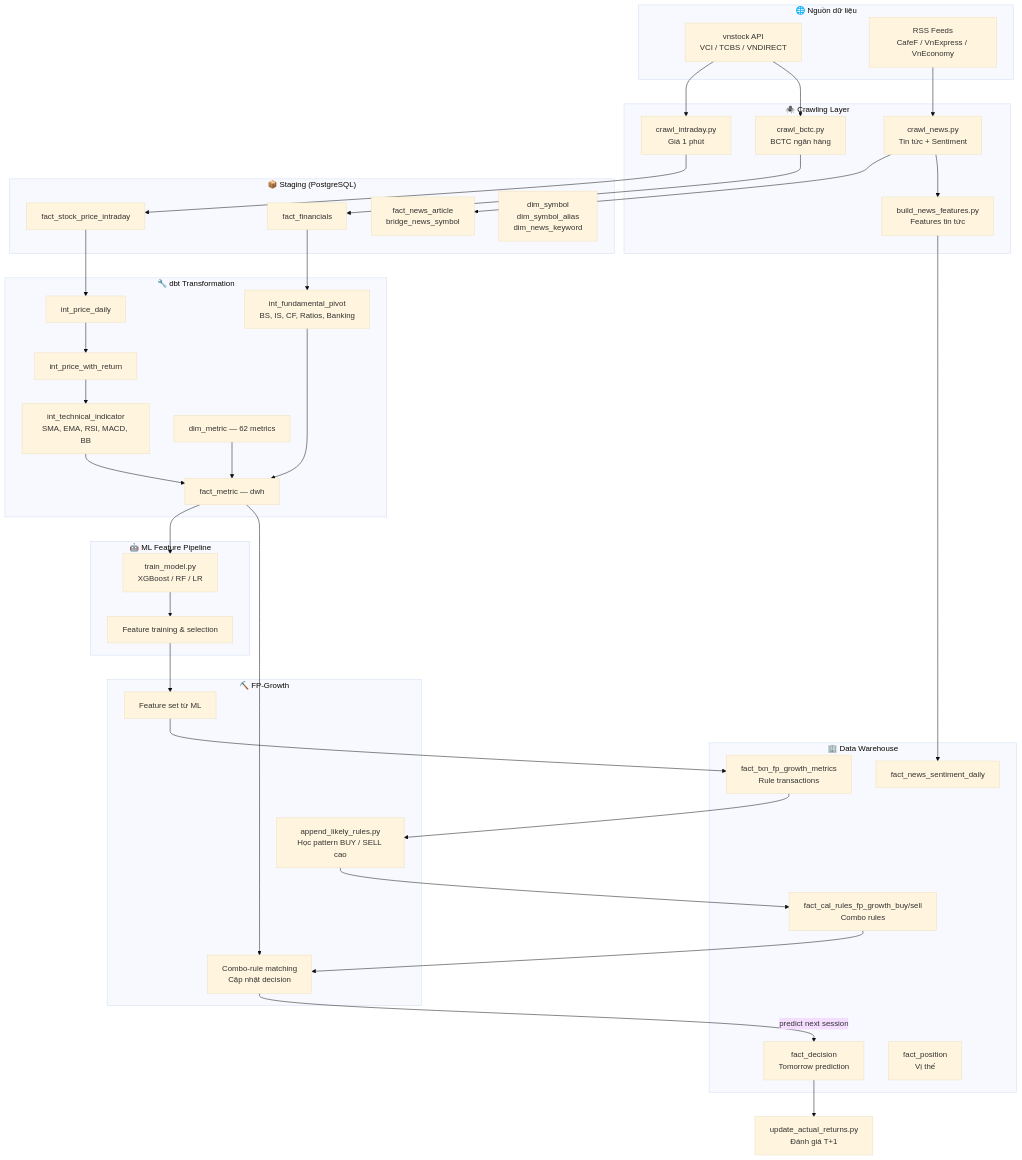
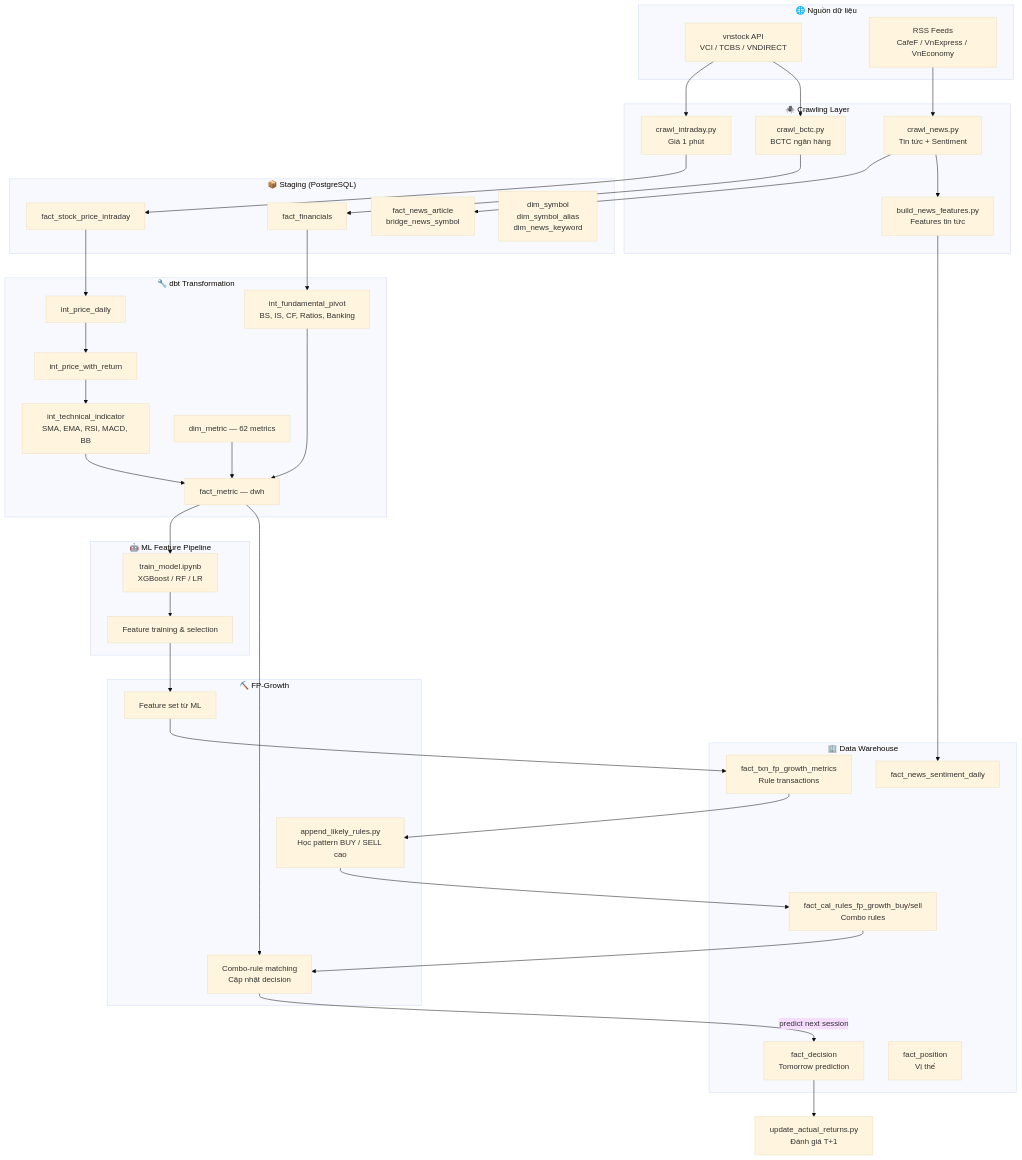
Before and after one commit to Hoai-Viet/Stock_Prediction: the first of 5 diagrams in PROJECT_DOCUMENTATION.md, drawn with Mermaid (base theme). The commit also changed other lines of this file and 3 other files, not shown here.

````diff
--- a/PROJECT_DOCUMENTATION.md
+++ b/PROJECT_DOCUMENTATION.md
@@ -20,74 +20,74 @@
 ```mermaid
 flowchart TD
     subgraph DATA_SOURCES["🌐 Nguồn dữ liệu"]
         A1[vnstock API<br/>VCI / TCBS / VNDIRECT]
         A2[RSS Feeds<br/>CafeF / VnExpress / VnEconomy]
     end
 
     subgraph CRAWLING["🕷️ Crawling Layer"]
         B1[crawl_intraday.py<br/>Giá 1 phút]
         B2[crawl_bctc.py<br/>BCTC ngân hàng]
         B3[crawl_news.py<br/>Tin tức + Sentiment]
         B4[build_news_features.py<br/>Features tin tức]
     end
 
     subgraph STAGING["📦 Staging (PostgreSQL)"]
         C1[fact_stock_price_intraday]
         C2[fact_financials]
         C3[fact_news_article<br/>bridge_news_symbol]
         C4[dim_symbol<br/>dim_symbol_alias<br/>dim_news_keyword]
     end
 
     subgraph DBT["🔧 dbt Transformation"]
         D1[int_price_daily]
         D2[int_price_with_return]
         D3[int_technical_indicator<br/>SMA, EMA, RSI, MACD, BB]
         D4[int_fundamental_pivot<br/>BS, IS, CF, Ratios, Banking]
         D5[dim_metric — 62 metrics]
         D6[fact_metric — dwh]
     end
 
     subgraph ML["🤖 ML Feature Pipeline"]
-        E1[train_model.py<br/>XGBoost / RF / LR]
+        E1[train_model.ipynb<br/>XGBoost / RF / LR]
         E2[Feature training & selection]
     end
 
     subgraph FP_GROWTH["⛏️ FP-Growth"]
         F0[Feature set từ ML]
         F1[append_likely_rules.py<br/>Học pattern BUY / SELL cao]
         F2[Combo-rule matching<br/>Cập nhật decision]
     end
 
     subgraph DWH["🏢 Data Warehouse"]
         G1[fact_decision<br/>Tomorrow prediction]
         G2[fact_position<br/>Vị thế]
         G3[fact_cal_rules_fp_growth_buy/sell<br/>Combo rules]
         G5[fact_news_sentiment_daily]
         G6[fact_txn_fp_growth_metrics<br/>Rule transactions]
     end
 
     E3[update_actual_returns.py<br/>Đánh giá T+1]
 
     A1 --> B1 & B2
     A2 --> B3
     B1 --> C1
     B2 --> C2
     B3 --> C3
     B3 --> B4
     B4 --> G5
 
     C1 --> D1 --> D2 --> D3
     C2 --> D4
     D3 & D4 --> D6
     D5 --> D6
 
     D6 --> E1 --> E2
     E2 --> F0
     F0 --> G6
     G6 --> F1
     F1 --> G3
     G3 --> F2
     D6 --> F2
     F2 -->|predict next session| G1
     G1 --> E3
 ```
````
